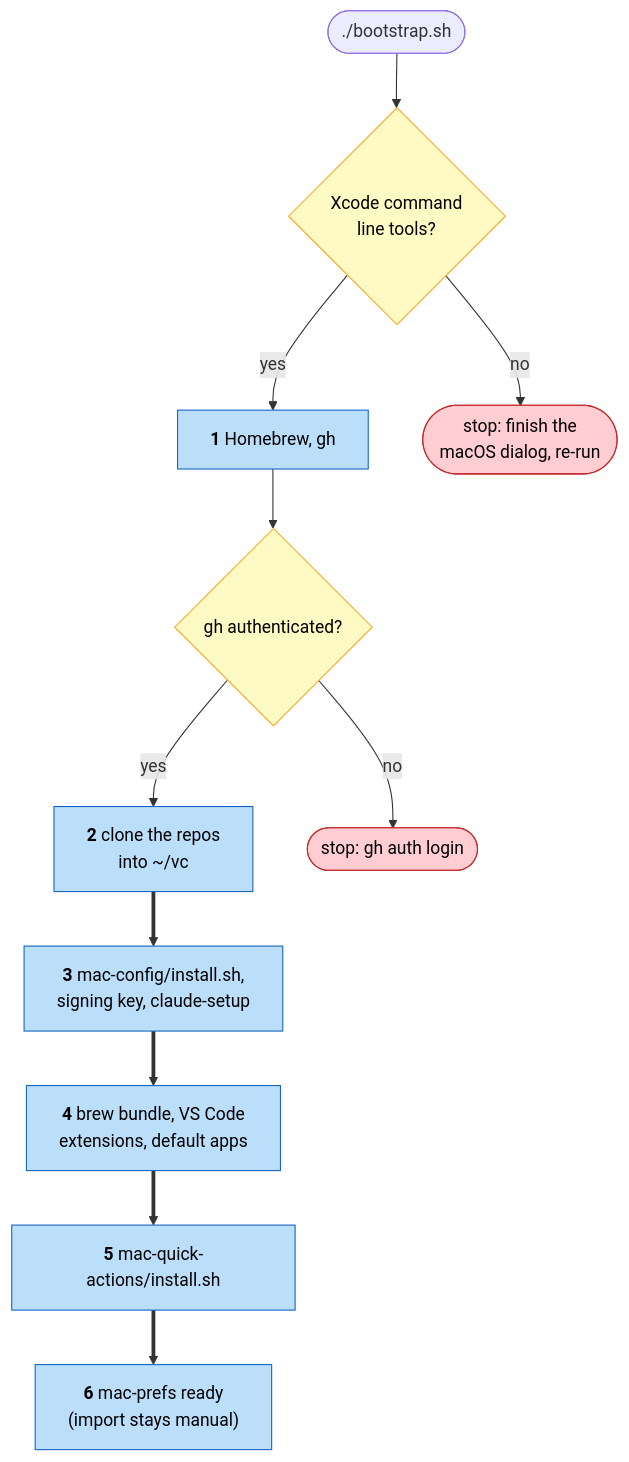
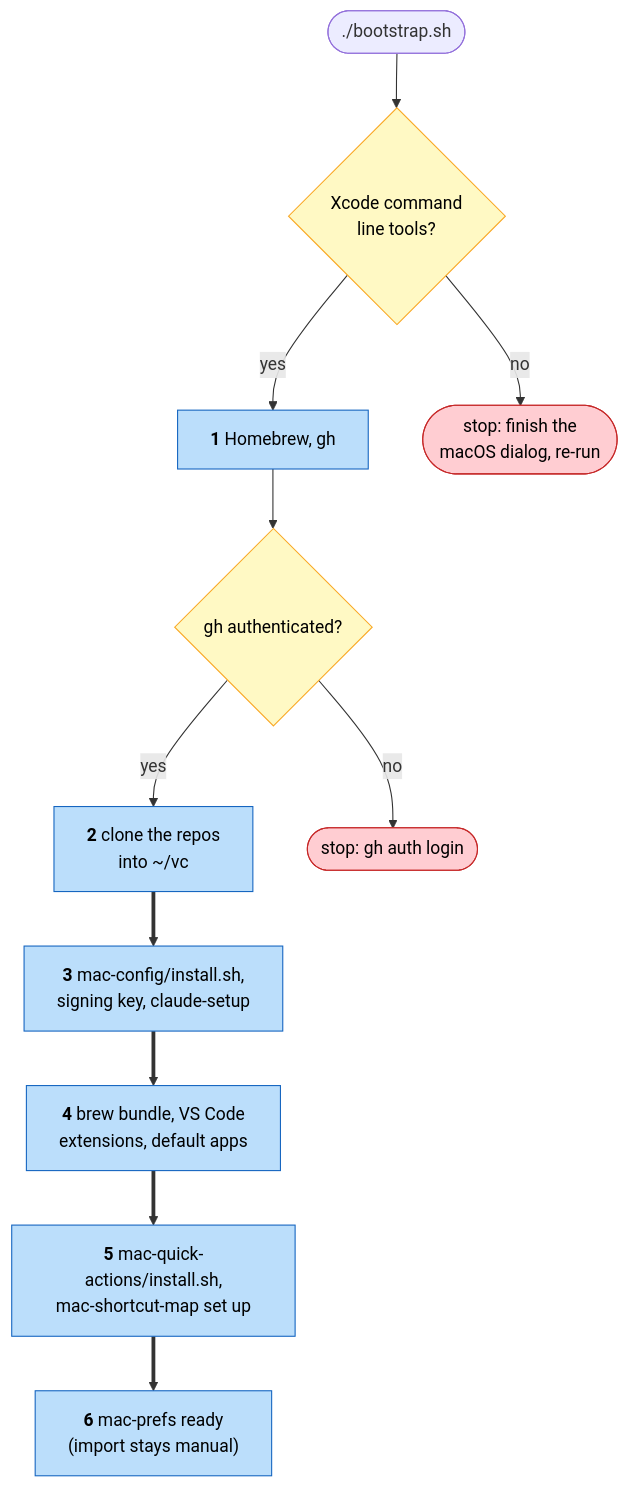
One commit to tiavelum/mac-bootstrap changed the diagram in README.md. Above: the diagram before and after it, drawn with Mermaid. The commit also changed 1 other file, not shown here.

Commit message:
feat: clone and set up mac-shortcut-map during a rebuild (#14)
Closes #11

A rebuilt Mac now gets tiavelum/mac-shortcut-map ready to use:

- Stage 2 clones it into `~/vc/mac-shortcut-map` with the other
repositories.
- Stage 5, after the Brewfile stage has installed node, runs `npm ci` in
it and `node src/cli.js check`, which reads
`~/vc/mac-config/shortcuts.yaml`. Each failure (no npm, npm ci failing,
the map unreadable) prints a `!!` line and the run continues.
- The verify block lists the same check; the README's stage diagram
names the new step.

No step is left by hand: printing the cheat sheet uses the Google Chrome
cask from the Brewfile, so no Playwright browser download is needed.

Tested: `bash -n` on the script, and the new stage block run against a
stand-in home folder, once with the example map (prints its size, exit
0) and once without a map (prints the `!!` line). Not run end to end in
a macOS VM; that stays with tiavelum/apple-setup#20.

---
_Generated by [Claude
Code](https://claude.ai/code/session_01KCb5BZbfpXpbdRP1uUvsBn)_

````diff
--- a/README.md
+++ b/README.md
@@ -61,35 +61,36 @@
 ```mermaid
 flowchart TB
   S(["`./bootstrap.sh`"])
   X1{"`Xcode command
   line tools?`"}
   BREW["`**1** Homebrew, gh`"]
   X2{"`gh authenticated?`"}
   CLONE["`**2** clone the repos
   into ~/vc`"]
   WIRE["`**3** mac-config/install.sh,
   signing key, claude-setup`"]
   APPS["`**4** brew bundle, VS Code
   extensions, default apps`"]
-  TOOLS["`**5** mac-quick-actions/install.sh`"]
+  TOOLS["`**5** mac-quick-actions/install.sh,
+  mac-shortcut-map set up`"]
   PREFS["`**6** mac-prefs ready
   (import stays manual)`"]
   STOP1(["`stop: finish the
   macOS dialog, re-run`"])
   STOP2(["`stop: gh auth login`"])
 
   S --> X1
   X1 -->|no| STOP1
   X1 -->|yes| BREW
   BREW --> X2
   X2 -->|no| STOP2
   X2 -->|yes| CLONE
   CLONE ==> WIRE ==> APPS ==> TOOLS ==> PREFS
 
   classDef stop fill:#FFCDD2,stroke:#C62828,color:#000
   classDef gate fill:#FFF9C4,stroke:#F9A825,color:#000
   classDef step fill:#BBDEFB,stroke:#1565C0,color:#000
   class STOP1,STOP2 stop
   class X1,X2 gate
   class BREW,CLONE,WIRE,APPS,TOOLS,PREFS step
 ```
````
